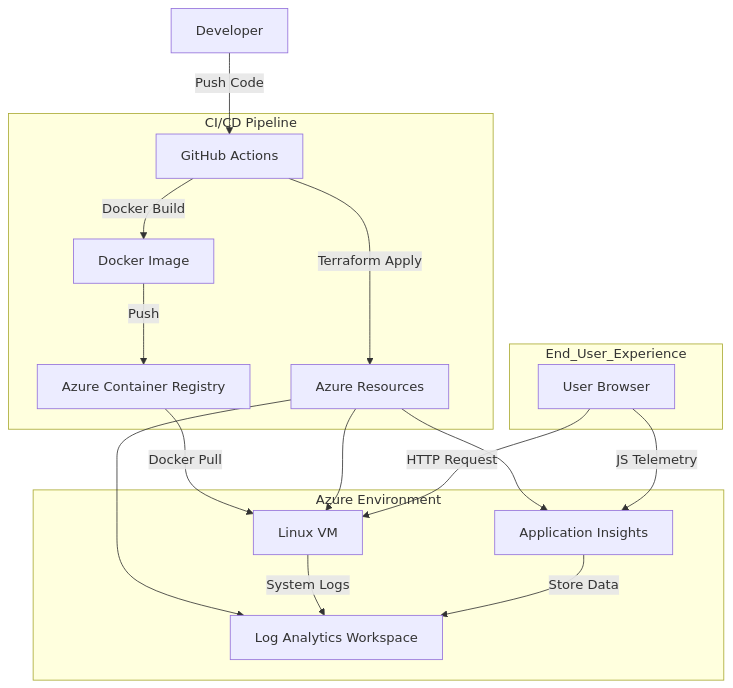
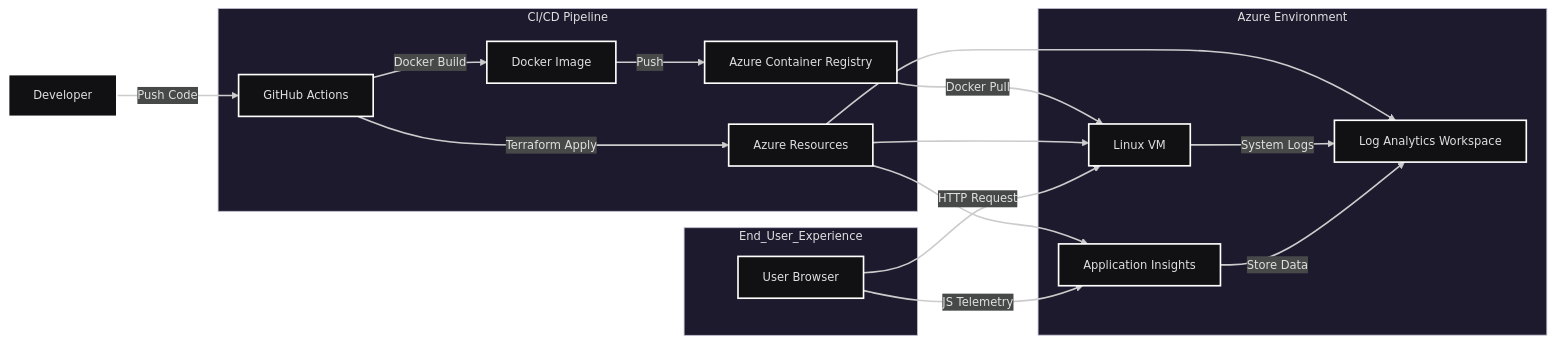
Before and after one commit to szuryuu/azure-e2e-devops: the diagram in docs/architecture.md, drawn with Mermaid.

Commit message:
fix: architecture md

````diff
--- a/docs/architecture.md
+++ b/docs/architecture.md
@@ -1,25 +1,32 @@
 ```mermaid
-graph TD
-    User[Developer] -->|Push Code| GH[GitHub Actions]
-    
-    subgraph CI_CD [CI/CD Pipeline]
-        GH -->|Terraform Apply| AzureInfra[Azure Resources]
-        GH -->|Docker Build| Image[Docker Image]
-        Image -->|Push| ACR[Azure Container Registry]
-    end
-
-    subgraph Azure_Cloud [Azure Environment]
-        ACR -->|Docker Pull| VM[Linux VM]
-        AzureInfra --> VM
-        AzureInfra --> AppInsights[Application Insights]
-        AzureInfra --> LAW[Log Analytics Workspace]
-        
-        VM -->|System Logs| LAW
-        AppInsights -->|Store Data| LAW
-    end
-
-    subgraph End_User_Experience
-        Client[User Browser] -->|HTTP Request| VM
-        Client -->|JS Telemetry| AppInsights
-    end
+---
+config:
+  layout: dagre
+  theme: redux-dark
+---
+flowchart LR
+ subgraph CI_CD["CI/CD Pipeline"]
+        AzureInfra["Azure Resources"]
+        GH["GitHub Actions"]
+        Image["Docker Image"]
+        ACR["Azure Container Registry"]
+  end
+ subgraph Azure_Cloud["Azure Environment"]
+        VM["Linux VM"]
+        AppInsights["Application Insights"]
+        LAW["Log Analytics Workspace"]
+  end
+ subgraph End_User_Experience["End_User_Experience"]
+        Client["User Browser"]
+  end
+    User["Developer"] -- Push Code --> GH
+    GH -- Terraform Apply --> AzureInfra
+    GH -- Docker Build --> Image
+    Image -- Push --> ACR
+    ACR -- Docker Pull --> VM
+    AzureInfra --> VM & AppInsights & LAW
+    VM -- System Logs --> LAW
+    AppInsights -- Store Data --> LAW
+    Client -- HTTP Request --> VM
+    Client -- JS Telemetry --> AppInsights
 ```
````
